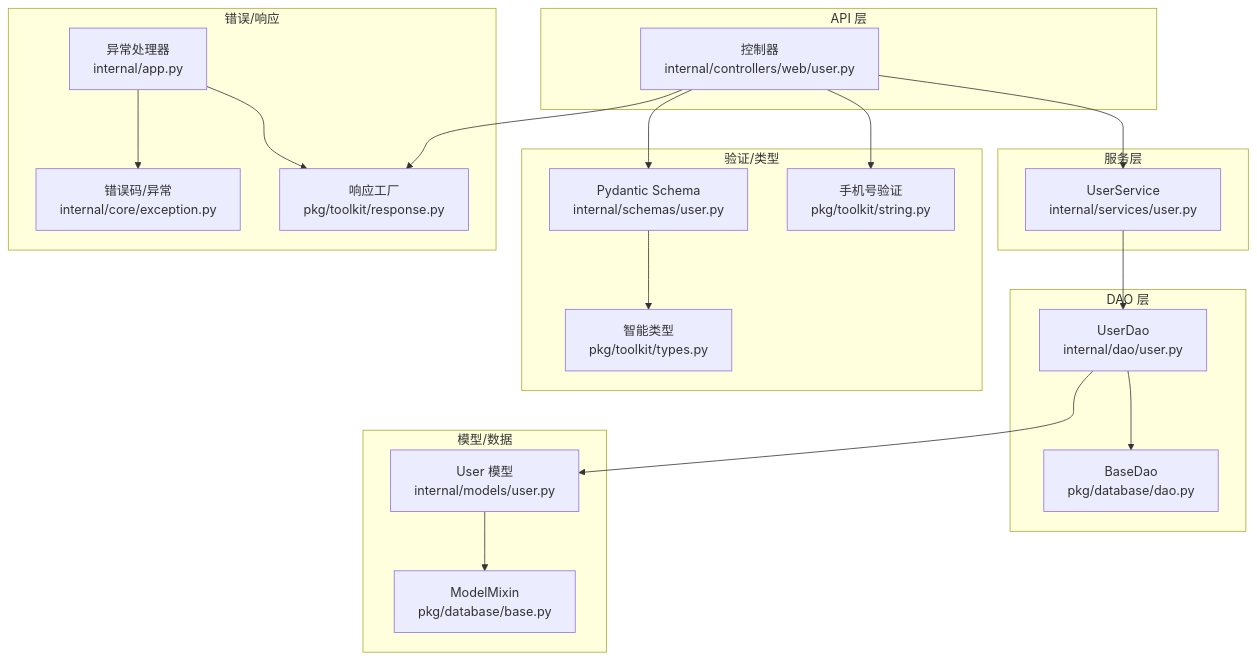
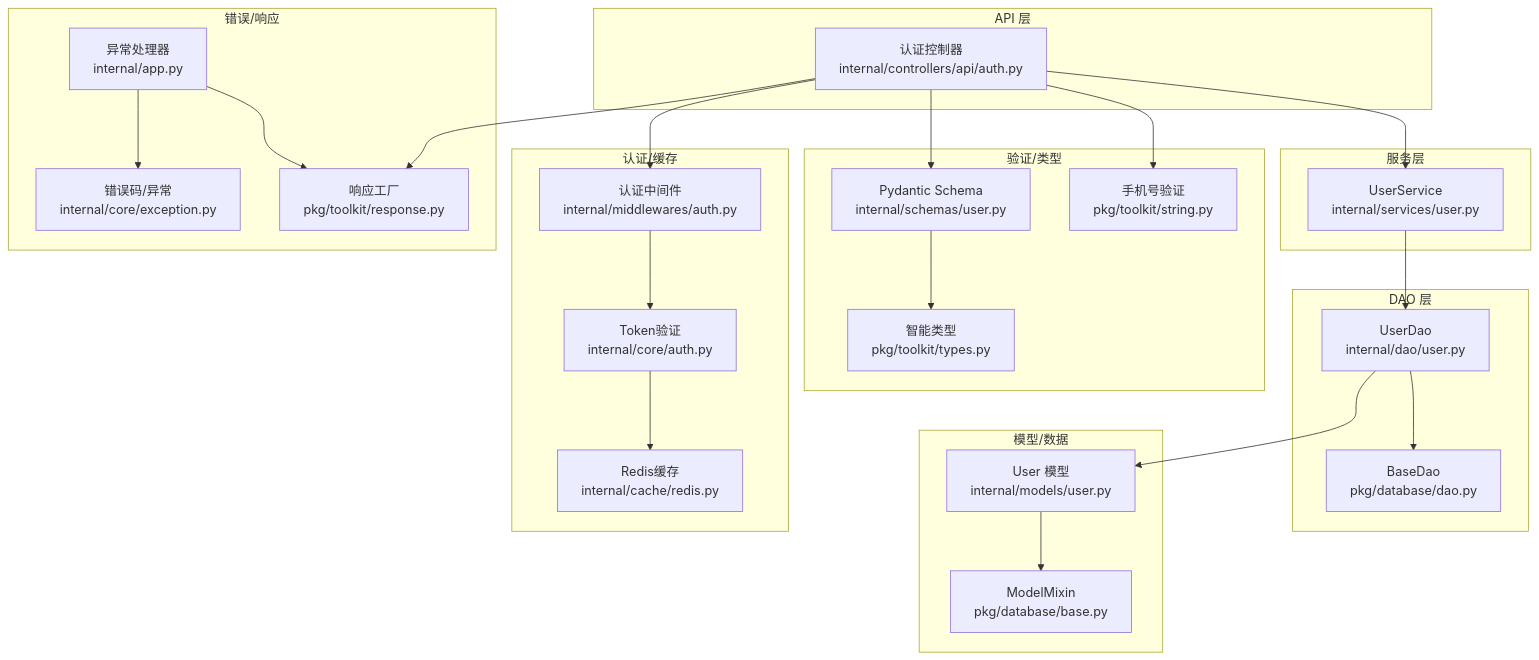
Before and after one commit to lilinzezzzzzz/fastapi-backend: the first of 9 diagrams in .qoder/repowiki/zh/content/数据模型/数据验证规则.md, drawn with Mermaid. The commit also changed other lines of this file and 38 other files, not shown here.

````diff
--- a/.qoder/repowiki/zh/content/数据模型/数据验证规则.md
+++ b/.qoder/repowiki/zh/content/数据模型/数据验证规则.md
@@ -52,38 +67,46 @@
 ```mermaid
 graph TB
 subgraph "API 层"
-C1["控制器<br/>internal/controllers/web/user.py"]
+C1["认证控制器<br/>internal/controllers/api/auth.py"]
 end
 subgraph "服务层"
 S1["UserService<br/>internal/services/user.py"]
 end
 subgraph "DAO 层"
 D1["UserDao<br/>internal/dao/user.py"]
 B1["BaseDao<br/>pkg/database/dao.py"]
 end
 subgraph "模型/数据"
 M1["User 模型<br/>internal/models/user.py"]
 X1["ModelMixin<br/>pkg/database/base.py"]
 end
 subgraph "验证/类型"
 P1["Pydantic Schema<br/>internal/schemas/user.py"]
 T1["智能类型<br/>pkg/toolkit/types.py"]
 U1["手机号验证<br/>pkg/toolkit/string.py"]
 end
+subgraph "认证/缓存"
+A1["认证中间件<br/>internal/middlewares/auth.py"]
+A2["Token验证<br/>internal/core/auth.py"]
+C2["Redis缓存<br/>internal/cache/redis.py"]
+end
 subgraph "错误/响应"
 R1["错误码/异常<br/>internal/core/exception.py"]
 R2["响应工厂<br/>pkg/toolkit/response.py"]
-A1["异常处理器<br/>internal/app.py"]
+A3["异常处理器<br/>internal/app.py"]
 end
 C1 --> S1
 S1 --> D1
 D1 --> B1
 D1 --> M1
 M1 --> X1
 C1 --> P1
 P1 --> T1
 C1 --> U1
+C1 --> A1
+A1 --> A2
+A2 --> C2
 C1 --> R2
-A1 --> R1
-A1 --> R2
+A3 --> R1
+A3 --> R2
 ```
````
